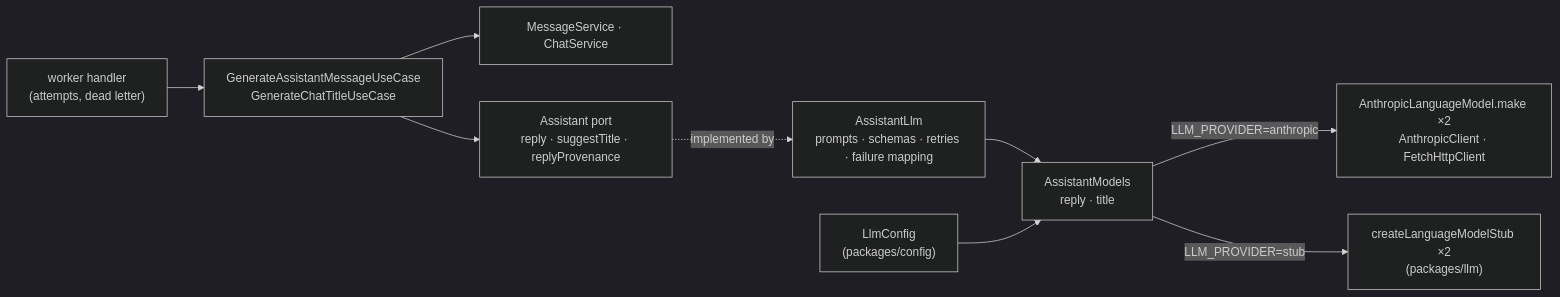
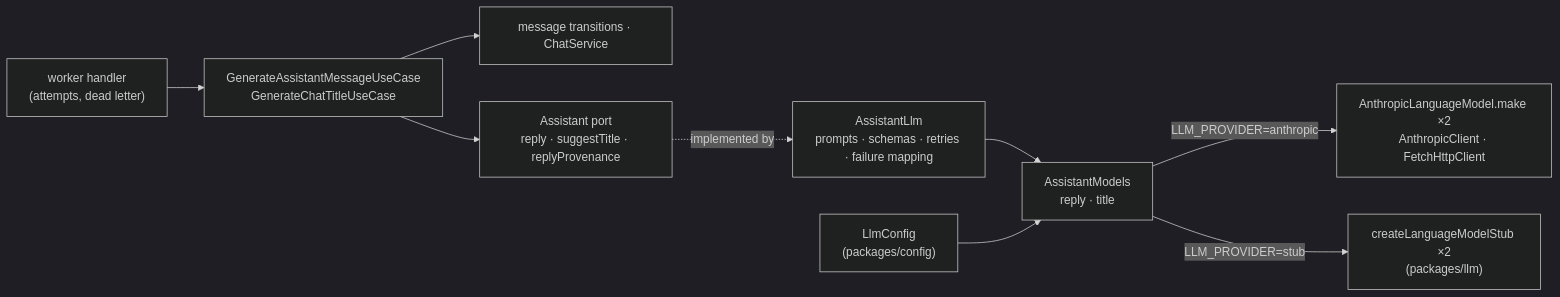
One commit to khotei/app-template changed the diagram in docs/tickets/2026-10-29-1435_llm-providers/architecture.md. Above: the diagram before and after it, drawn with Mermaid (dark theme). The commit also changed other lines of this file and 2 other files, not shown here.

First line of the commit message:
:memo: docs(llm-providers): Align the plan with the refactored chat

````diff
--- a/docs/tickets/2026-10-29-1435_llm-providers/architecture.md
+++ b/docs/tickets/2026-10-29-1435_llm-providers/architecture.md
@@ -27,11 +26,11 @@
 ```mermaid
 graph LR
   H["worker handler<br/>(attempts, dead letter)"] --> UC["GenerateAssistantMessageUseCase<br/>GenerateChatTitleUseCase"]
-  UC --> MS["MessageService · ChatService"]
+  UC --> MS["message transitions · ChatService"]
   UC --> A["Assistant port<br/>reply · suggestTitle · replyProvenance"]
   A -.implemented by.-> L["AssistantLlm<br/>prompts · schemas · retries · failure mapping"]
   L --> M["AssistantModels<br/>reply · title"]
   M -->|"LLM_PROVIDER=anthropic"| AN["AnthropicLanguageModel.make ×2<br/>AnthropicClient · FetchHttpClient"]
   M -->|"LLM_PROVIDER=stub"| ST["createLanguageModelStub ×2<br/>(packages/llm)"]
   C["LlmConfig<br/>(packages/config)"] --> M
 ```
````
